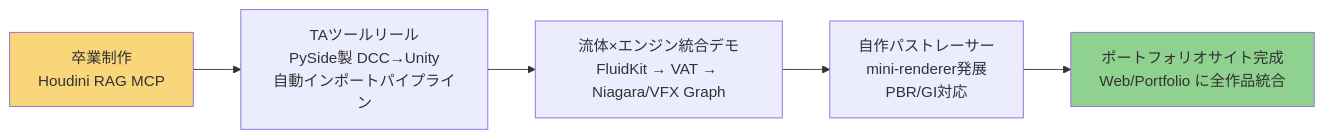
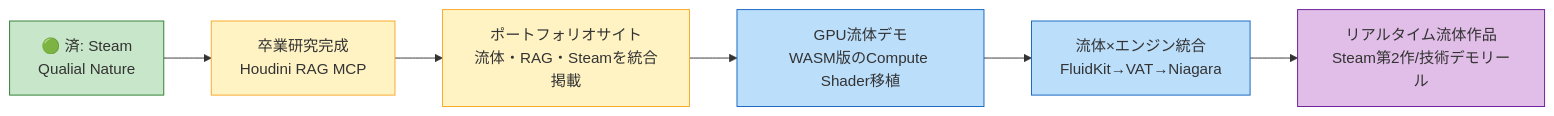
One commit to manato1201/manato1201 changed diagram 13 of 13 in README.md. Above: the diagram before and after it, drawn with Mermaid. The commit also changed other lines of this file, not shown here.

````diff
--- a/README.md
+++ b/README.md
@@ -209,10 +405,13 @@
 ```mermaid
 flowchart LR
-    G1["卒業制作<br>Houdini RAG MCP"] --> G2["TAツールリール<br>PySide製 DCC→Unity<br>自動インポートパイプライン"]
-    G2 --> G3["流体×エンジン統合デモ<br>FluidKit → VAT → Niagara/VFX Graph"]
-    G3 --> G4["自作パストレーサー<br>mini-renderer発展<br>PBR/GI対応"]
-    G4 --> G5["ポートフォリオサイト完成<br>Web/Portfolio に全作品統合"]
+    G0[🟢 済: Steam<br>Qualial Nature]:::done --> G1[卒業研究完成<br>Houdini RAG MCP]:::review
+    G1 --> G2[ポートフォリオサイト<br>流体・RAG・Steamを統合掲載]:::review
+    G2 --> G3[GPU流体デモ<br>WASM版のCompute Shader移植]:::next
+    G3 --> G4[流体×エンジン統合<br>FluidKit→VAT→Niagara]:::next
+    G4 --> G5[リアルタイム流体作品<br>Steam第2作/技術デモリール]:::adv
 
-    style G1 fill:#f9d67a
-    style G5 fill:#8fd18f
+    classDef done fill:#c8e6c9,stroke:#2e7d32
+    classDef review fill:#fff3c4,stroke:#f9a825
+    classDef next fill:#bbdefb,stroke:#1565c0
+    classDef adv fill:#e1bee7,stroke:#6a1b9a
 ```
````
